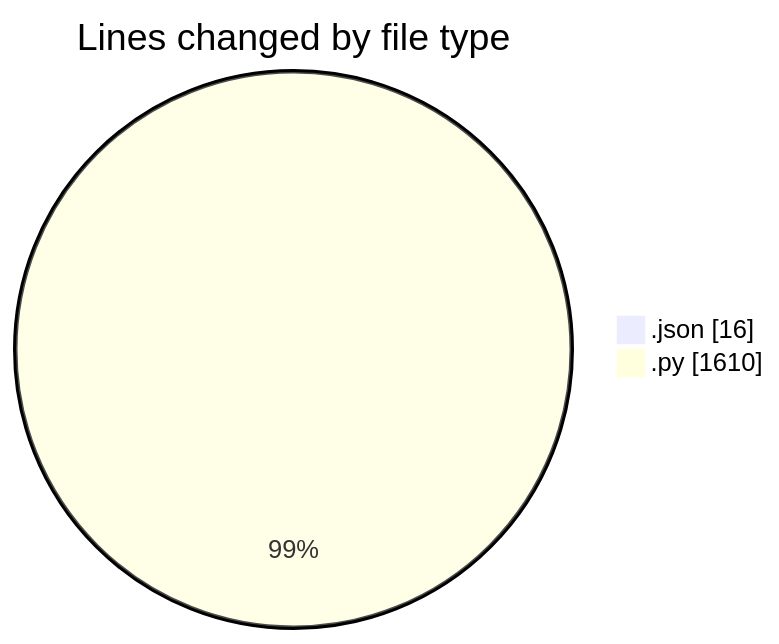
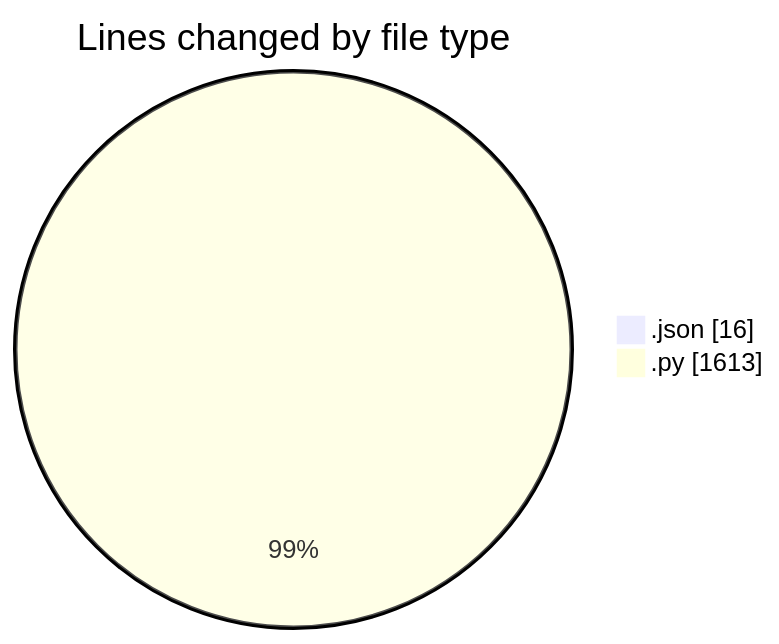
Before and after one commit to MatusMokan/code-tracking: the first of 2 diagrams in 2025-03-29/myws__workspace_/README.md, drawn with Mermaid. The commit also changed other lines of this file and 1 other file, not shown here.

````diff
--- a/2025-03-29/myws__workspace_/README.md
+++ b/2025-03-29/myws__workspace_/README.md
@@ -25,6 +25,6 @@
 ```mermaid
 pie showData
 title Lines changed by file type
 ".json" : 16
-".py" : 1610
+".py" : 1613
 ```
````
